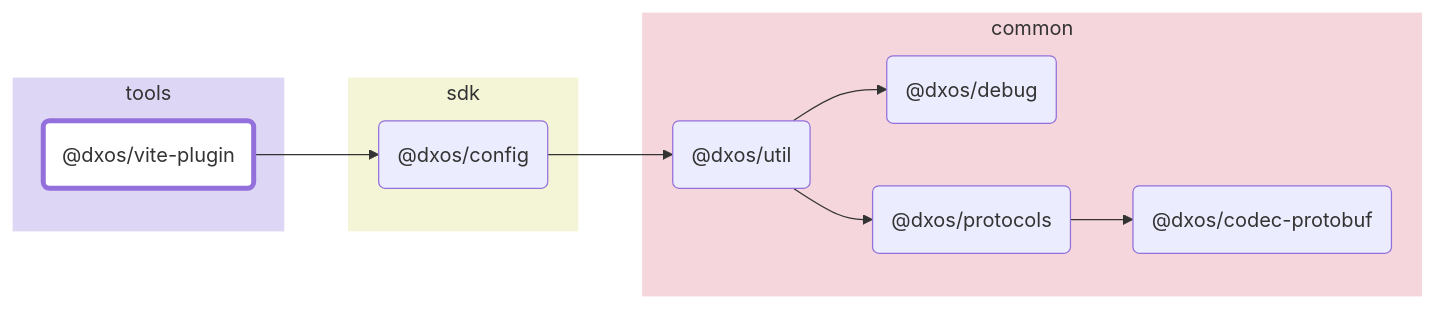
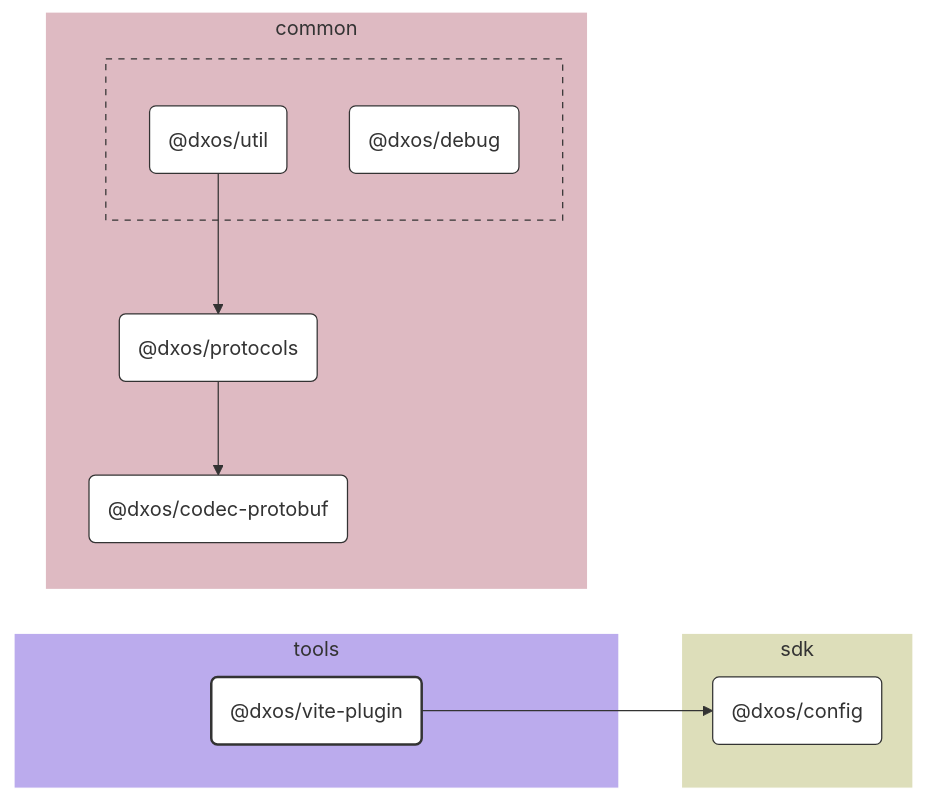
One commit to dxos/dxos changed the diagram in tools/vite-plugin/docs/README.md. Above: the diagram before and after it, drawn with Mermaid. The commit also changed 100 other files, not shown here.

````diff
--- a/tools/vite-plugin/docs/README.md
+++ b/tools/vite-plugin/docs/README.md
@@ -7,35 +7,58 @@
 ```mermaid
-flowchart LR;
+%%{ init: {'flowchart':{'curve':'basis'}} }%%
 
-style dxos/vite-plugin fill:#fff,stroke-width:4px;
+flowchart LR
 
-click dxos/config "https:/github.com/dxos/dxos/tree/main/packages/sdk/config/docs";
-click dxos/codec-protobuf "https:/github.com/dxos/dxos/tree/main/packages/common/codec-protobuf/docs";
-click dxos/debug "https:/github.com/dxos/dxos/tree/main/packages/common/debug/docs";
-click dxos/protocols "https:/github.com/dxos/dxos/tree/main/packages/common/protocols/docs";
-click dxos/util "https:/github.com/dxos/dxos/tree/main/packages/common/util/docs";
+%% Links
+dxos/protocols --> dxos/codec-protobuf;
+dxos/util --> dxos/protocols;
+dxos/vite-plugin --> dxos/config;
 
+%% Sections
 subgraph tools
-  style tools fill:#ded6f5,stroke:#fff;
-  dxos/vite-plugin("@dxos/vite-plugin");
+  style tools fill:#bbabed,stroke:#fff;
+
+  dxos/vite-plugin("@dxos/vite-plugin")
 end
 
 subgraph sdk
-  style sdk fill:#f4f5d6,stroke:#fff;
-  dxos/config("@dxos/config");
+  style sdk fill:#dddeba,stroke:#fff;
+
+  dxos/config("@dxos/config")
 end
 
 subgraph common
-  style common fill:#f5d6dd,stroke:#fff;
-  dxos/codec-protobuf("@dxos/codec-protobuf");
-  dxos/debug("@dxos/debug");
-  dxos/protocols("@dxos/protocols");
-  dxos/util("@dxos/util");
+  style common fill:#debac2,stroke:#fff;
+
+  dxos/codec-protobuf("@dxos/codec-protobuf")
+  dxos/protocols("@dxos/protocols")
+
+  subgraph common-excluded [ ]
+    style common-excluded fill:#debac2,stroke:#333,stroke-dasharray:5 5;
+
+    dxos/debug("@dxos/debug")
+    dxos/util("@dxos/util")
+  end
 end
 
-dxos/vite-plugin --> dxos/config;
-dxos/protocols --> dxos/codec-protobuf;
-dxos/config --> dxos/util;
-dxos/util --> dxos/debug;
-dxos/util --> dxos/protocols;
+
+%% Hyperlinks
+click dxos/codec-protobuf href "https:/github.com/dxos/dxos/tree/main/packages/common/codec-protobuf/docs";
+click dxos/config href "https:/github.com/dxos/dxos/tree/main/packages/sdk/config/docs";
+click dxos/debug href "https:/github.com/dxos/dxos/tree/main/packages/common/debug/docs";
+click dxos/protocols href "https:/github.com/dxos/dxos/tree/main/packages/common/protocols/docs";
+click dxos/util href "https:/github.com/dxos/dxos/tree/main/packages/common/util/docs";
+
+%% Styles
+classDef rootNode fill:#fff,stroke:#333,stroke-width:2px
+classDef defaultNode fill:#fff,stroke:#333,stroke-width:1px
+linkStyle default stroke:#333,stroke-width:1px
+
+dxos/vite-plugin:::rootNode
+
+dxos/codec-protobuf:::defaultNode
+dxos/config:::defaultNode
+dxos/debug:::defaultNode
+dxos/protocols:::defaultNode
+dxos/util:::defaultNode
 ```
````
